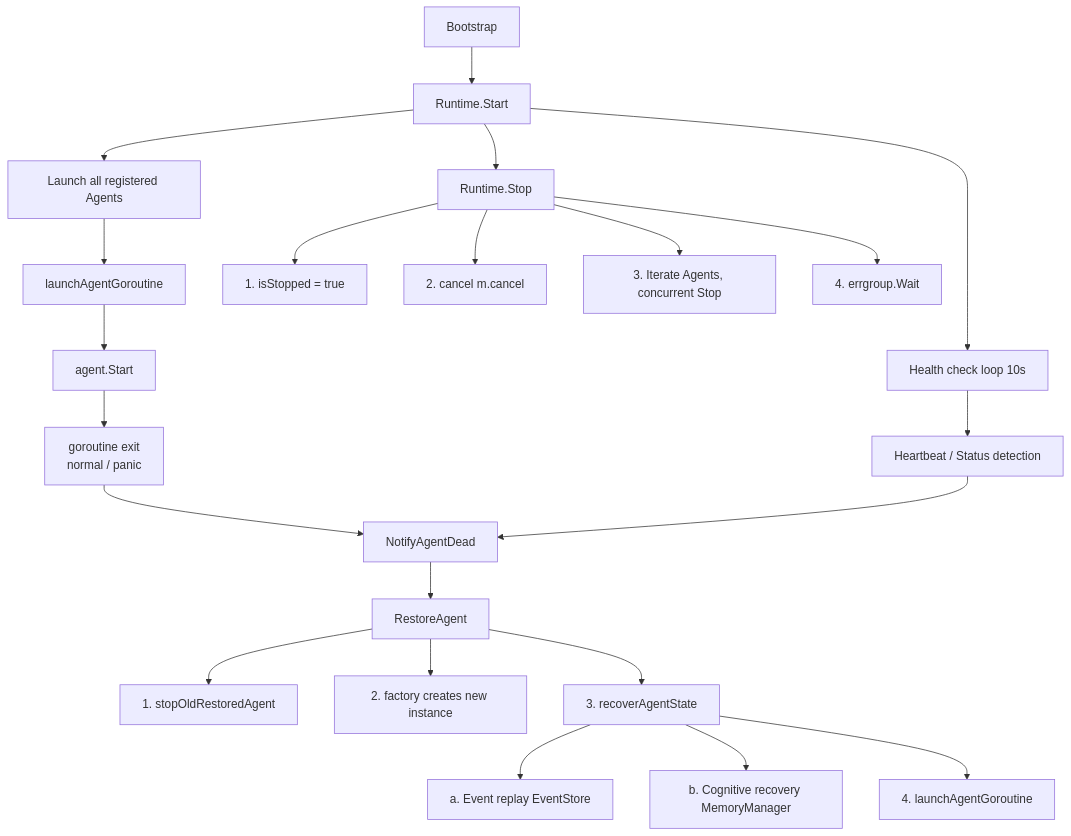
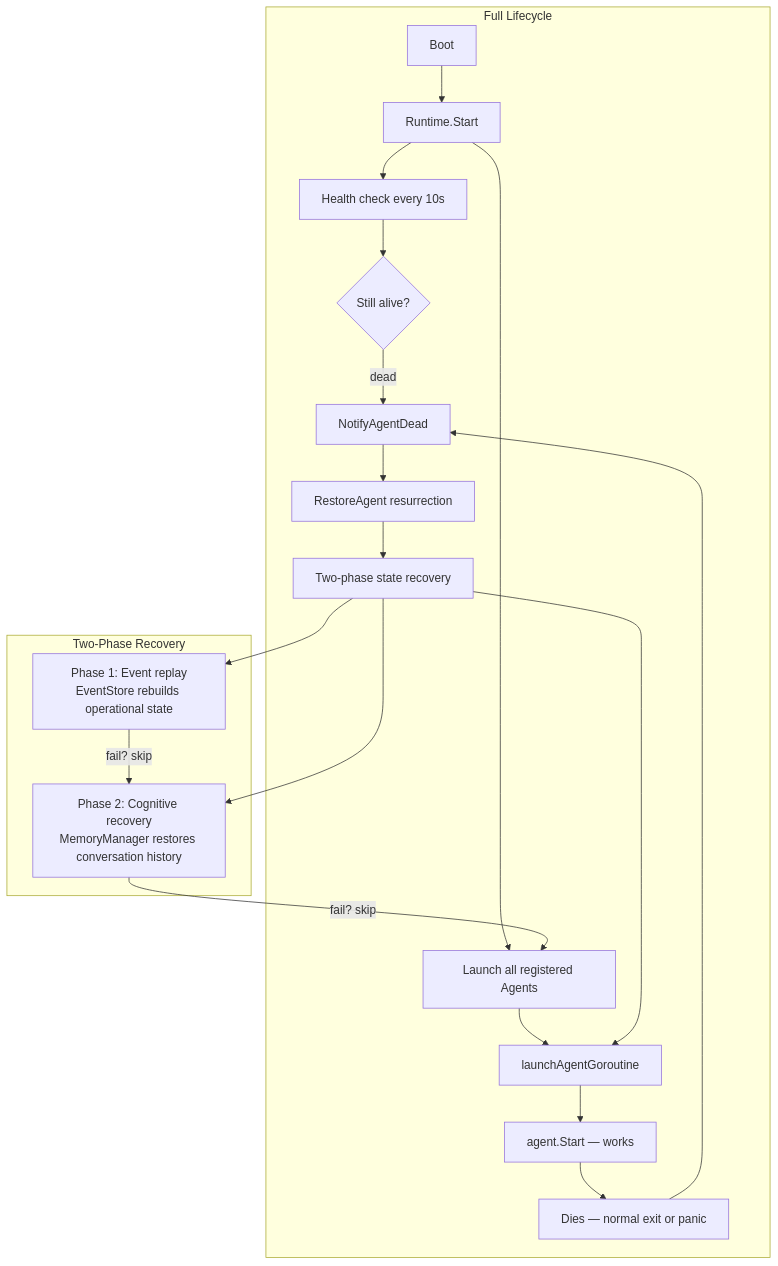
One commit to Timwood0x10/ARES changed the first of 7 diagrams in docs/articles/en/runtime-lifecycle-deep-dive.md. Above: the diagram before and after it, drawn with Mermaid. The commit also changed other lines of this file and 31 other files, not shown here.

````diff
--- a/docs/articles/en/runtime-lifecycle-deep-dive.md
+++ b/docs/articles/en/runtime-lifecycle-deep-dive.md
@@ -150,24 +35,24 @@
 ```mermaid
 graph TB
-    B[Bootstrap] --> RS[Runtime.Start]
-    RS --> HC[Health check loop 10s]
-    RS --> LAUNCH[Launch all registered Agents]
-    LAUNCH --> AG[launchAgentGoroutine]
-    AG --> AE[agent.Start]
-    AE --> GE[goroutine exit<br/>normal / panic]
-    GE --> NAD[NotifyAgentDead]
-    NAD --> RA[RestoreAgent]
-    RA --> S1[1. stopOldRestoredAgent]
-    RA --> S2[2. factory creates new instance]
-    RA --> S3[3. recoverAgentState]
-    S3 --> S3A[a. Event replay EventStore]
-    S3 --> S3B[b. Cognitive recovery MemoryManager]
-    S3 --> S4[4. launchAgentGoroutine]
-    HC --> HB[Heartbeat / Status detection]
-    HB --> NAD
-    RS --> STOP[Runtime.Stop]
-    STOP --> M1[1. isStopped = true]
-    STOP --> M2[2. cancel m.cancel]
-    STOP --> M3[3. Iterate Agents, concurrent Stop]
-    STOP --> M4[4. errgroup.Wait]
+    subgraph Full Lifecycle
+        B[Boot] --> RS[Runtime.Start]
+        RS --> HC[Health check every 10s]
+        RS --> LAUNCH[Launch all registered Agents]
+        LAUNCH --> AG[launchAgentGoroutine]
+        AG --> AE[agent.Start — works]
+        AE --> GE[Dies — normal exit or panic]
+        GE --> NAD[NotifyAgentDead]
+        NAD --> RA[RestoreAgent resurrection]
+        RA --> S3[Two-phase state recovery]
+        S3 --> AG
+        HC --> HB{Still alive?}
+        HB -->|dead| NAD
+    end
+
+    subgraph Two-Phase Recovery
+        S3 --> S3A[Phase 1: Event replay<br/>EventStore rebuilds operational state]
+        S3 --> S3B[Phase 2: Cognitive recovery<br/>MemoryManager restores conversation history]
+        S3A -->|fail? skip| S3B
+        S3B -->|fail? skip| LAUNCH
+    end
 ```
````
